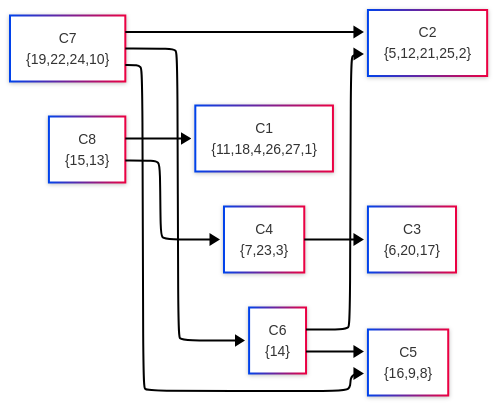
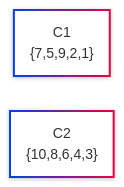
Before and after one commit to Dimitri20007/projet_graphe_markov_SDD: the diagram in data/hasse_mermaid.mmd, drawn with Mermaid. The commit also changed 15 other files, not shown here.

```diff
--- a/data/hasse_mermaid.mmd
+++ b/data/hasse_mermaid.mmd
@@ -1,23 +1,9 @@
 ---
 config:
  layout: elk
  theme: neo
  look: neo
 ---
 flowchart LR
-C1["C1<br>{11,18,4,26,27,1}"]
-C2["C2<br>{5,12,21,25,2}"]
-C3["C3<br>{6,20,17}"]
-C4["C4<br>{7,23,3}"]
-C5["C5<br>{16,9,8}"]
-C6["C6<br>{14}"]
-C7["C7<br>{19,22,24,10}"]
-C8["C8<br>{15,13}"]
-C4 --> C3
-C7 --> C2
-C8 --> C4
-C6 --> C5
-C6 --> C2
-C8 --> C1
-C7 --> C5
-C7 --> C6
+C1["C1<br>{7,5,9,2,1}"]
+C2["C2<br>{10,8,6,4,3}"]
```
